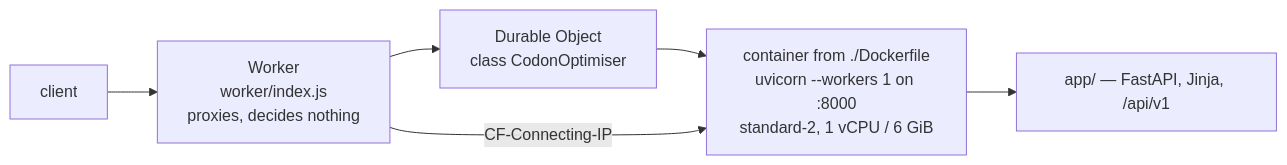
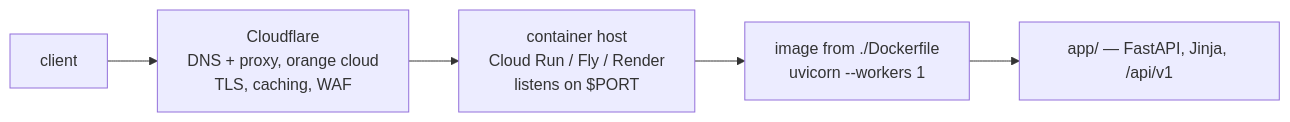
One commit to HKUST-iGEM-2026/codon-optimiser changed the seventh of 7 diagrams in README.md. Above: the diagram before and after it, drawn with Mermaid. The commit also changed other lines of this file and 8 other files, not shown here.

````diff
--- a/README.md
+++ b/README.md
@@ -215,8 +217,7 @@
 ```mermaid
 flowchart LR
-  C["client"] --> W["Worker<br/>worker/index.js<br/>proxies, decides nothing"]
-  W --> DO["Durable Object<br/>class CodonOptimiser"]
-  DO --> K["container from ./Dockerfile<br/>uvicorn --workers 1 on :8000<br/>standard-2, 1 vCPU / 6 GiB"]
+  C["client"] --> CF["Cloudflare<br/>DNS + proxy, orange cloud<br/>TLS, caching, WAF"]
+  CF --> H["container host<br/>Cloud Run / Fly / Render<br/>listens on $PORT"]
+  H --> K["image from ./Dockerfile<br/>uvicorn --workers 1"]
   K --> A["app/ — FastAPI, Jinja, /api/v1"]
-  W -->|"CF-Connecting-IP"| K
 ```
````
